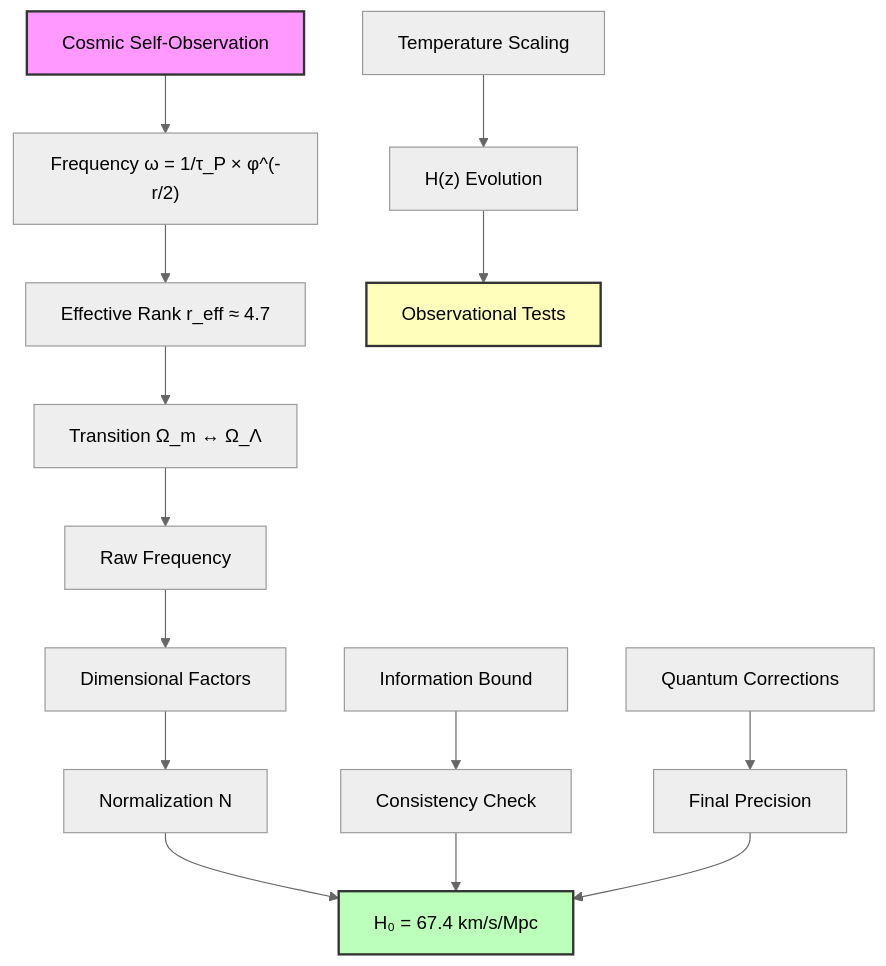
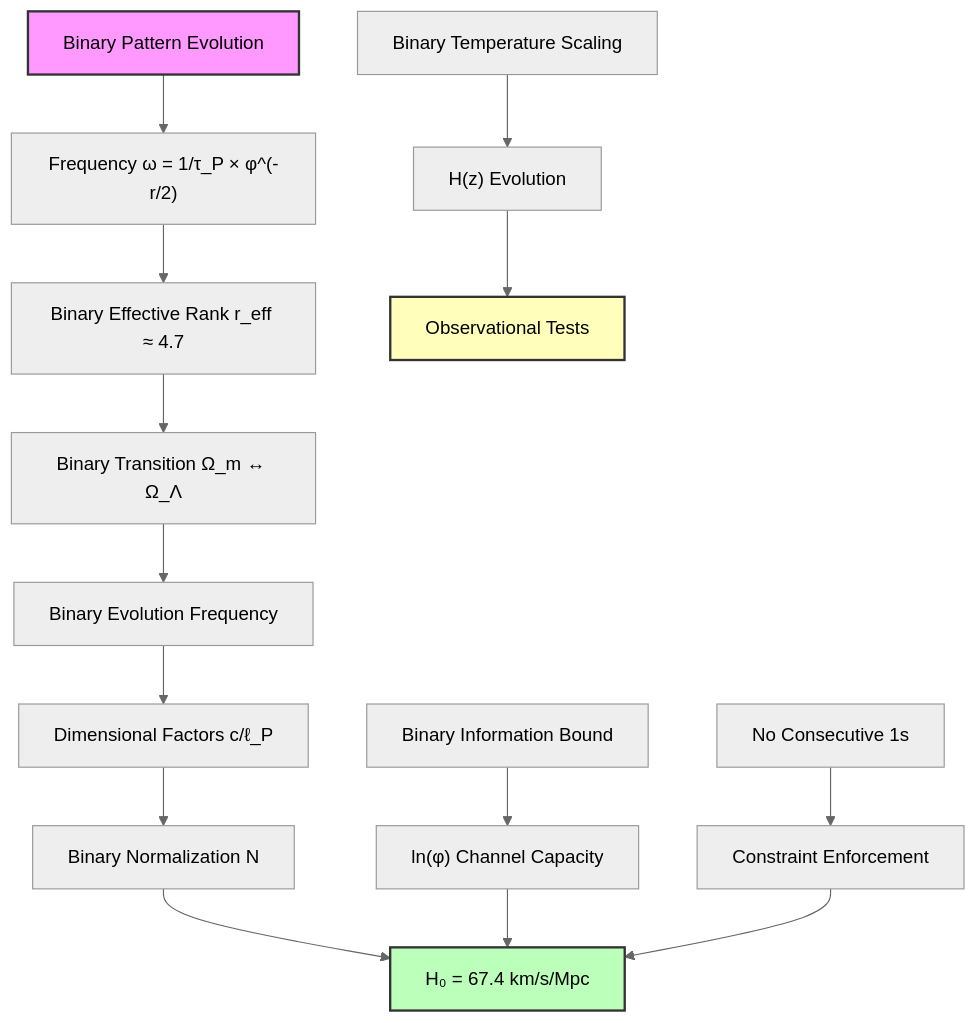
Before and after one commit to loning/the-phys: the second of 2 diagrams in docs/psi-constants/part-04-collapse-cosmology/chapter-056-collapse-derivation-hubble-constant.md, drawn with Mermaid (neutral theme). The commit also changed other lines of this file and 3 other files, not shown here.

````diff
--- a/docs/psi-constants/part-04-collapse-cosmology/chapter-056-collapse-derivation-hubble-constant.md
+++ b/docs/psi-constants/part-04-collapse-cosmology/chapter-056-collapse-derivation-hubble-constant.md
@@ -365,25 +377,25 @@
 ```mermaid
 graph TD
-    A["Cosmic Self-Observation"] --> B["Frequency ω = 1/τ_P × φ^(-r/2)"]
-    B --> C["Effective Rank r_eff ≈ 4.7"]
-    C --> D["Transition Ω_m ↔ Ω_Λ"]
+    A["Binary Pattern Evolution"] --> B["Frequency ω = 1/τ_P × φ^(-r/2)"]
+    B --> C["Binary Effective Rank r_eff ≈ 4.7"]
+    C --> D["Binary Transition Ω_m ↔ Ω_Λ"]
     
-    D --> E["Raw Frequency"]
-    E --> F["Dimensional Factors"]
-    F --> G["Normalization N"]
+    D --> E["Binary Evolution Frequency"]
+    E --> F["Dimensional Factors c/ℓ_P"]
+    F --> G["Binary Normalization N"]
     
     G --> H["H₀ = 67.4 km/s/Mpc"]
     
-    I["Information Bound"] --> J["Consistency Check"]
+    I["Binary Information Bound"] --> J["ln(φ) Channel Capacity"]
     J --> H
     
-    K["Temperature Scaling"] --> L["H(z) Evolution"]
+    K["Binary Temperature Scaling"] --> L["H(z) Evolution"]
     L --> M["Observational Tests"]
     
-    N["Quantum Corrections"] --> O["Final Precision"]
+    N["No Consecutive 1s"] --> O["Constraint Enforcement"]
     O --> H
     
     style A fill:#f9f,stroke:#333,stroke-width:2px
     style H fill:#bfb,stroke:#333,stroke-width:2px
     style M fill:#ffb,stroke:#333,stroke-width:2px
 ```
````
